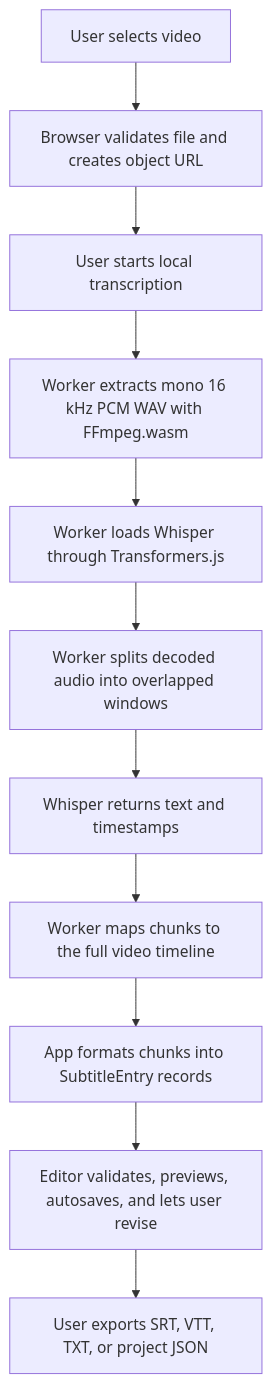
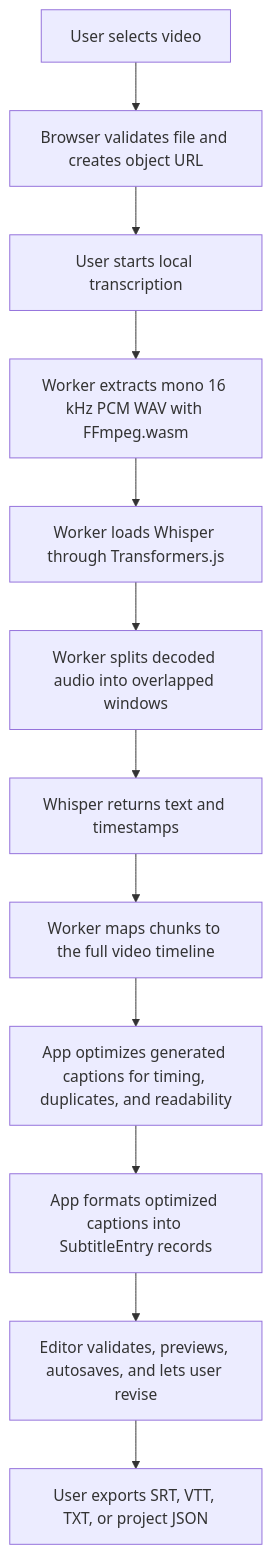
Diagram 16 of 16 in docs/project-state.md (zxyandreay/auto-subtitle), drawn with Mermaid before and after one commit. The commit also changed other lines of this file and 3 other files, not shown here.

First line of the commit message:
feat(subtitles): optimize generated captions

````diff
--- a/docs/project-state.md
+++ b/docs/project-state.md
@@ -1173,13 +1202,14 @@
 ```mermaid
 flowchart TD
     A["User selects video"] --> B["Browser validates file and creates object URL"]
     B --> C["User starts local transcription"]
     C --> D["Worker extracts mono 16 kHz PCM WAV with FFmpeg.wasm"]
     D --> E["Worker loads Whisper through Transformers.js"]
     E --> F["Worker splits decoded audio into overlapped windows"]
     F --> G["Whisper returns text and timestamps"]
     G --> H["Worker maps chunks to the full video timeline"]
-    H --> I["App formats chunks into SubtitleEntry records"]
-    I --> J["Editor validates, previews, autosaves, and lets user revise"]
+    H --> I["App optimizes generated captions for timing, duplicates, and readability"]
+    I --> L["App formats optimized captions into SubtitleEntry records"]
+    L --> J["Editor validates, previews, autosaves, and lets user revise"]
     J --> K["User exports SRT, VTT, TXT, or project JSON"]
 ```
````
